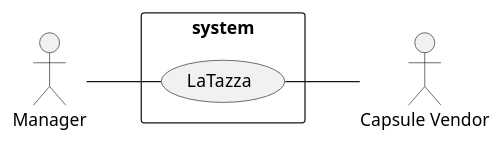
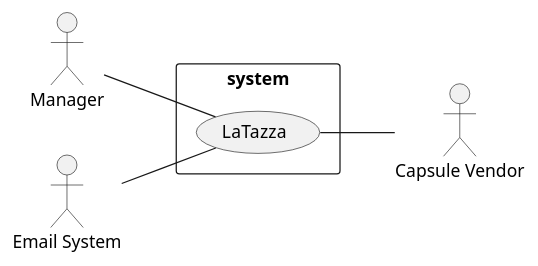
Before and after one commit to eloparco/LaTazza: the first of 4 diagrams in requirements.md, drawn with PlantUML. The commit also changed other lines of this file, not shown here.

Commit message:
Add Email System to context diagram and interfaces

````diff
--- a/requirements.md
+++ b/requirements.md
@@ -53,13 +53,15 @@
 ```plantuml
 left to right direction
 skinparam packageStyle rectangle
 
 actor Manager as m
 actor "Capsule Vendor" as v
+actor "Email System" as es
 
 rectangle system {
     (LaTazza) as lt
     m -- lt
+    es -- lt
     lt -- v
 }
 ```
````
